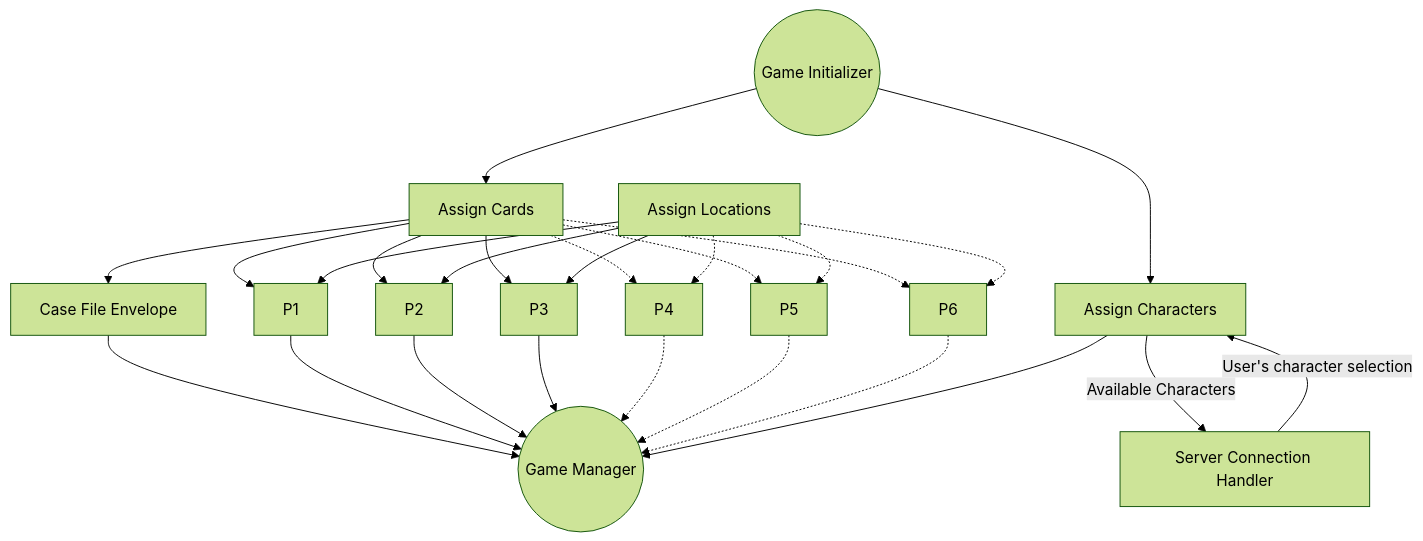
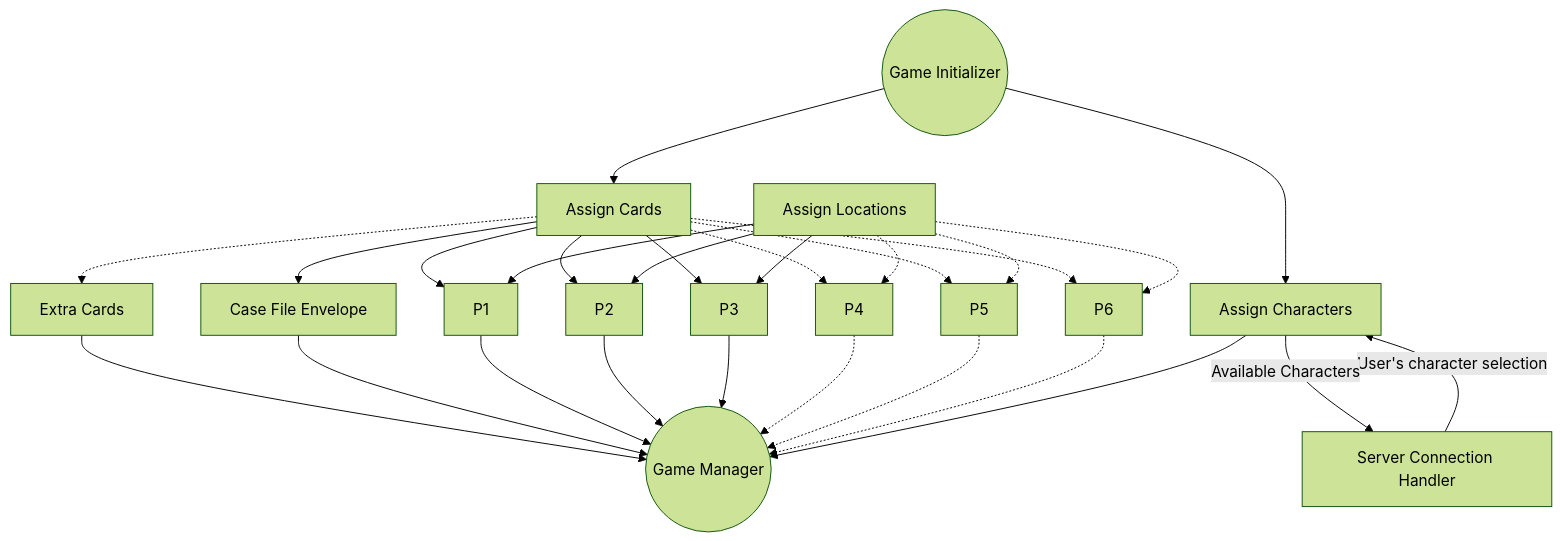
One commit to YiangoKarp/Clue-Less changed the diagram in diagrams/game_initializer_diagram.md. Above: the diagram before and after it, drawn with Mermaid (forest theme).

Commit message:
Modified diagram to include extra cards

````diff
--- a/diagrams/game_initializer_diagram.md
+++ b/diagrams/game_initializer_diagram.md
@@ -1,32 +1,36 @@
 ```mermaid
 
 graph TD
 
 GI((Game Initializer)) --> AC[Assign Cards]
 GI --> ACH[Assign Characters]
 AC --> CF[Case File Envelope]
 AC --> P1
 AC --> P2
 AC --> P3
 AC -.-> P4
 AC -.-> P5
 AC -.-> P6
 AL[Assign Locations] --> P1
 AL --> P2
 AL --> P3
 AL -.-> P4
 AL -.-> P5
 AL -.-> P6
 
+AC -.-> EC[Extra Cards]
+EC --> GM
+
+
 CF --> GM((Game Manager))
 P1 --> GM
 P2 --> GM
 P3 --> GM
 P4 -.-> GM
 P5 -.-> GM
 P6 -.-> GM
 ACH --> GM
 
 SCH[Server Connection Handler] --> | User's character selection |ACH
 ACH --> | Available Characters | SCH
 ```
````
